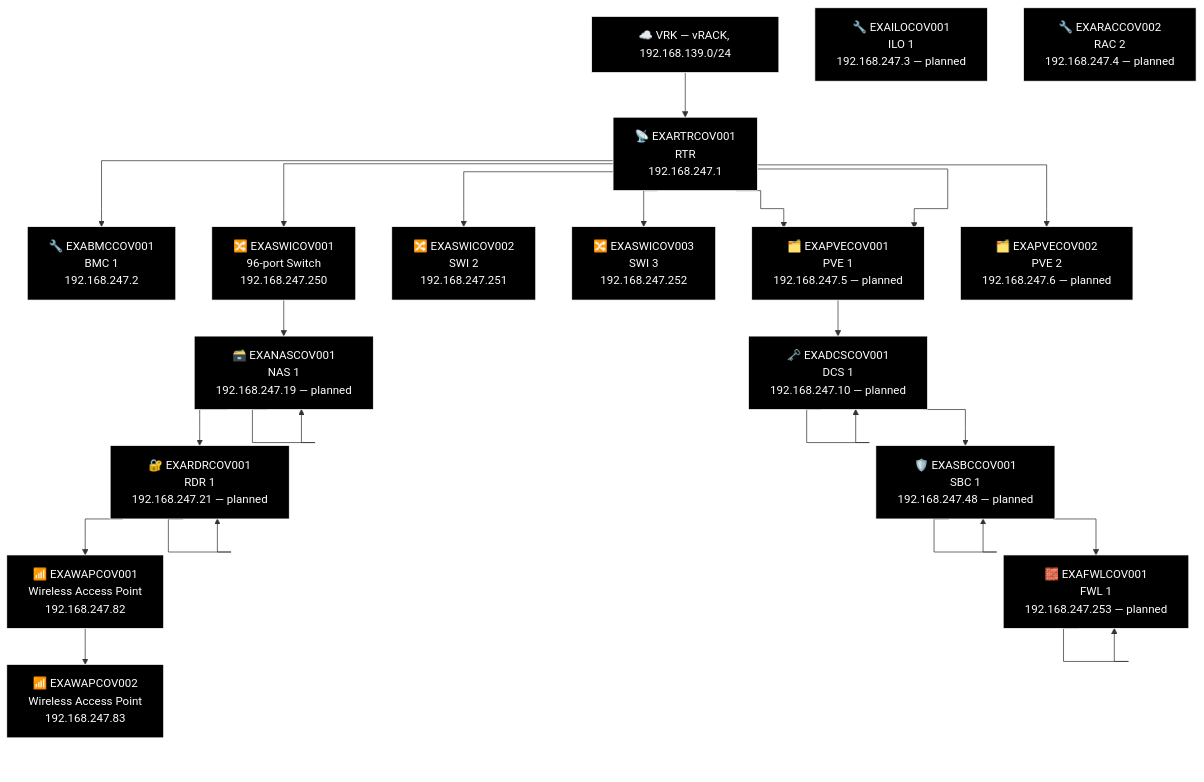
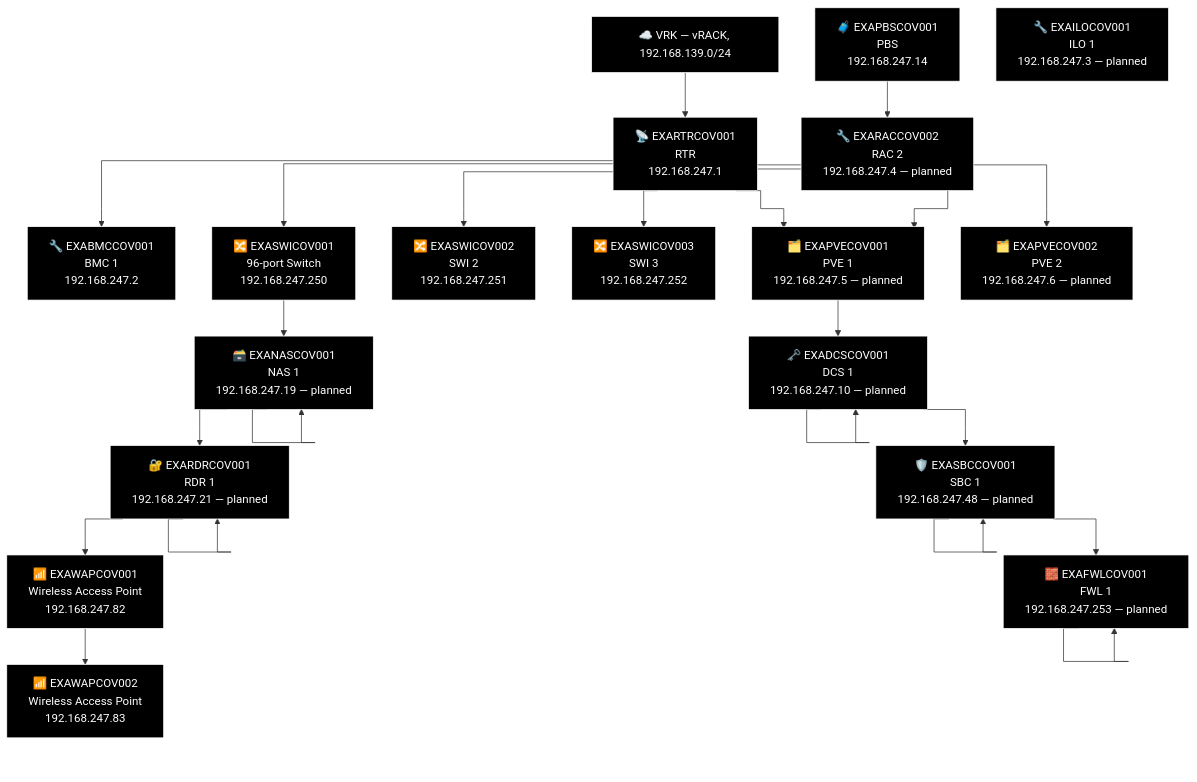
Before and after one commit to knightmare2600/example_music_infra: diagram 27 of 27 in docs/network-diagram/england.md, drawn with Mermaid. The commit also changed other lines of this file and 14 other files, not shown here.

First line of the commit message:
docs/network-diagram: regenerate, every site was missing its PBS node

````diff
--- a/docs/network-diagram/england.md
+++ b/docs/network-diagram/england.md
@@ -1326,62 +1346,65 @@
 ```mermaid
 %% GENERATED:TOPOLOGY:COV:START
 %%{init: {'flowchart': {'curve': 'stepAfter'}}}%%
 graph TD
     T_VRK["☁️ VRK — vRACK, 192.168.139.0/24"]
     T_RTR["📡 EXARTRCOV001<br/>RTR<br/>192.168.247.1"]
     T_VRK --> T_RTR
     T_BMC["🔧 EXABMCCOV001<br/>BMC 1<br/>192.168.247.2"]
     T_RTR --> T_BMC
     T_PVE["🗂️ EXAPVECOV001<br/>PVE 1<br/>192.168.247.5"]
     T_RTR --> T_PVE
     T_SWI["🔀 EXASWICOV002<br/>SWI 2<br/>192.168.247.251"]
     T_RTR --> T_SWI
     T_SWI2["🔀 EXASWICOV003<br/>SWI 3<br/>192.168.247.252"]
     T_RTR --> T_SWI2
     T_SWI3["🔀 EXASWICOV001<br/>96-port Switch<br/>192.168.247.250"]
     T_RTR --> T_SWI3
     T_PVE["🗂️ EXAPVECOV001<br/>PVE 1<br/>192.168.247.5 — planned"]
     T_RTR --> T_PVE
     T_PVE2["🗂️ EXAPVECOV002<br/>PVE 2<br/>192.168.247.6 — planned"]
     T_RTR --> T_PVE2
     T_NAS["🗃️ EXANASCOV001<br/>NAS<br/>192.168.247.19"]
     T_NAS["🗃️ EXANASCOV001<br/>NAS 1<br/>192.168.247.19 — planned"]
     T_RDR["🔐 EXARDRCOV001<br/>RDR<br/>192.168.247.21"]
     T_RDR["🔐 EXARDRCOV001<br/>RDR 1<br/>192.168.247.21 — planned"]
     T_WAP["📶 EXAWAPCOV001<br/>Wireless Access Point<br/>192.168.247.82"]
     T_WAP2["📶 EXAWAPCOV002<br/>Wireless Access Point<br/>192.168.247.83"]
     T_SWI3 --> T_NAS --> T_NAS --> T_RDR --> T_RDR --> T_WAP --> T_WAP2
     T_DCS["🗝️ EXADCSCOV001<br/>DCS 1<br/>192.168.247.10"]
     T_DCS["🗝️ EXADCSCOV001<br/>DCS 1<br/>192.168.247.10 — planned"]
     T_SBC["🛡️ EXASBCCOV001<br/>SBC<br/>192.168.247.48"]
     T_SBC["🛡️ EXASBCCOV001<br/>SBC 1<br/>192.168.247.48 — planned"]
     T_FWL["🧱 EXAFWLCOV001<br/>LAN Face<br/>192.168.247.253"]
     T_FWL["🧱 EXAFWLCOV001<br/>FWL 1<br/>192.168.247.253 — planned"]
     T_PVE --> T_DCS --> T_DCS --> T_SBC --> T_SBC --> T_FWL --> T_FWL
+    T_PBS["🧳 EXAPBSCOV001<br/>PBS<br/>192.168.247.14"]
     T_ILO["🔧 EXAILOCOV001<br/>ILO 1<br/>192.168.247.3 — planned"]
     T_RAC["🔧 EXARACCOV002<br/>RAC 2<br/>192.168.247.4 — planned"]
+    T_PBS --> T_RAC
     style T_VRK fill:#000000,stroke:#FFFFFF,color:#FFFFFF
     style T_RTR fill:#000000,stroke:#FFFFFF,color:#FFFFFF
     style T_BMC fill:#000000,stroke:#FFFFFF,color:#FFFFFF
     style T_PVE fill:#000000,stroke:#FFFFFF,color:#FFFFFF
     style T_SWI fill:#000000,stroke:#FFFFFF,color:#FFFFFF
     style T_SWI2 fill:#000000,stroke:#FFFFFF,color:#FFFFFF
     style T_SWI3 fill:#000000,stroke:#FFFFFF,color:#FFFFFF
     style T_PVE fill:#000000,stroke:#FFFFFF,color:#FFFFFF
     style T_PVE2 fill:#000000,stroke:#FFFFFF,color:#FFFFFF
     style T_NAS fill:#000000,stroke:#FFFFFF,color:#FFFFFF
     style T_NAS fill:#000000,stroke:#FFFFFF,color:#FFFFFF
     style T_RDR fill:#000000,stroke:#FFFFFF,color:#FFFFFF
     style T_RDR fill:#000000,stroke:#FFFFFF,color:#FFFFFF
     style T_WAP fill:#000000,stroke:#FFFFFF,color:#FFFFFF
     style T_WAP2 fill:#000000,stroke:#FFFFFF,color:#FFFFFF
     style T_DCS fill:#000000,stroke:#FFFFFF,color:#FFFFFF
     style T_DCS fill:#000000,stroke:#FFFFFF,color:#FFFFFF
     style T_SBC fill:#000000,stroke:#FFFFFF,color:#FFFFFF
     style T_SBC fill:#000000,stroke:#FFFFFF,color:#FFFFFF
     style T_FWL fill:#000000,stroke:#FFFFFF,color:#FFFFFF
     style T_FWL fill:#000000,stroke:#FFFFFF,color:#FFFFFF
+    style T_PBS fill:#000000,stroke:#FFFFFF,color:#FFFFFF
     style T_ILO fill:#000000,stroke:#FFFFFF,color:#FFFFFF
     style T_RAC fill:#000000,stroke:#FFFFFF,color:#FFFFFF
 %% GENERATED:TOPOLOGY:COV:END
 ```
````
